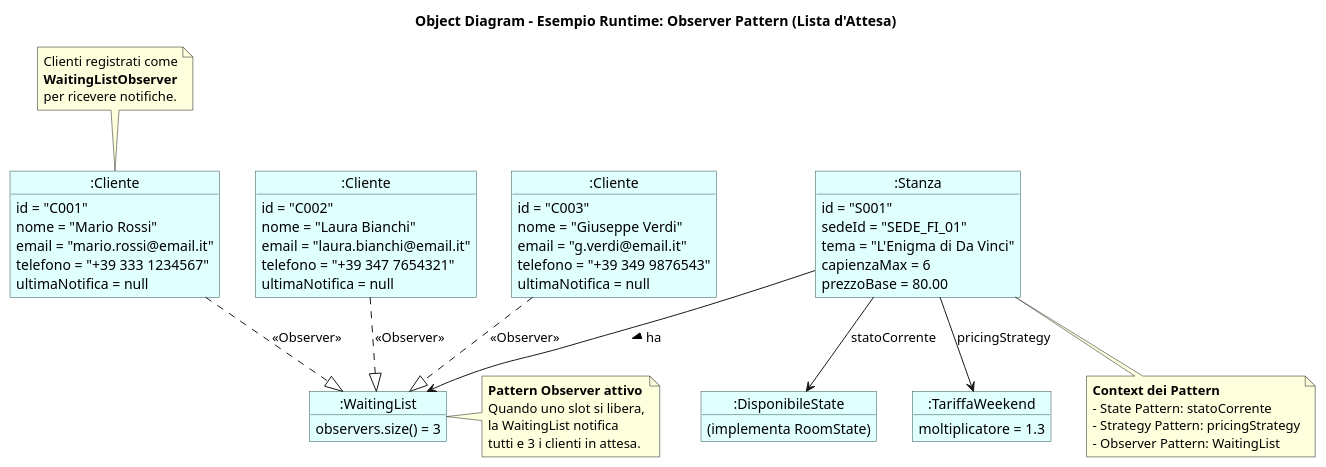
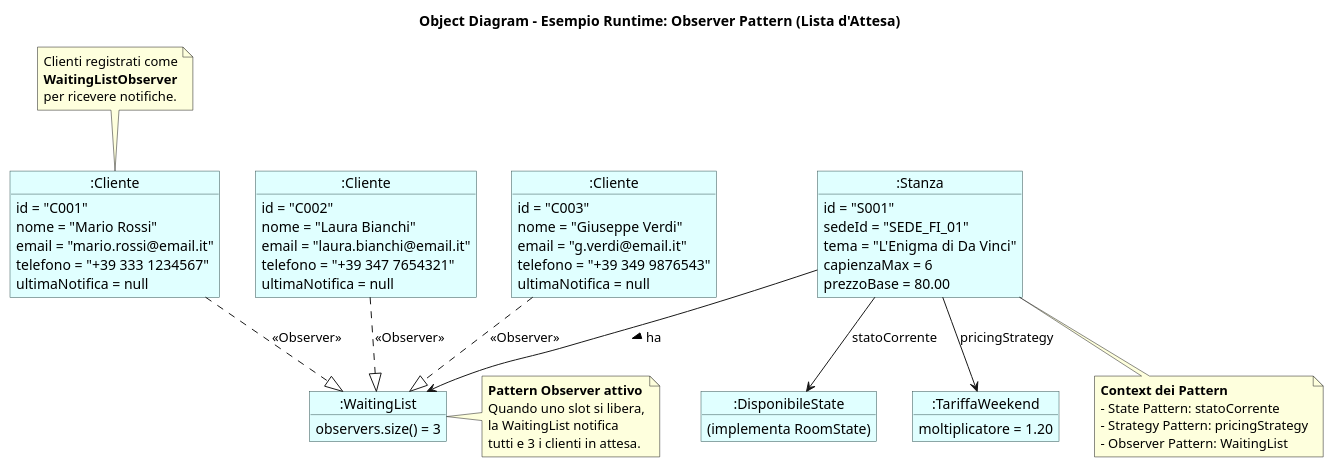
The diagram in docs/UML/fig_3_6_object_diagram.puml (Adrycasta04/EscapeManager), drawn with PlantUML before and after one commit. The commit also changed 18 other files, not shown here.

Commit message:
feat: Add initial database schema, reset script, and comprehensive project documentation including UML diagrams and a testing chapter.

```diff
--- a/docs/UML/fig_3_6_object_diagram.puml
+++ b/docs/UML/fig_3_6_object_diagram.puml
@@ -1,81 +1,81 @@
 @startuml fig_3_6_object_diagram
 skinparam objectBorderColor DarkSlateGray
 skinparam objectBackgroundColor LightCyan
 
 title Object Diagram - Esempio Runtime: Observer Pattern (Lista d'Attesa)
 
 ' Oggetti concreti del dominio
 object ":Cliente" as c1 {
     id = "C001"
     nome = "Mario Rossi"
     email = "mario.rossi@email.it"
     telefono = "+39 333 1234567"
     ultimaNotifica = null
 }
 
 object ":Cliente" as c2 {
     id = "C002"
     nome = "Laura Bianchi"
     email = "laura.bianchi@email.it"
     telefono = "+39 347 7654321"
     ultimaNotifica = null
 }
 
 object ":Cliente" as c3 {
     id = "C003"
     nome = "Giuseppe Verdi"
     email = "g.verdi@email.it"
     telefono = "+39 349 9876543"
     ultimaNotifica = null
 }
 
 object ":Stanza" as s1 {
     id = "S001"
     sedeId = "SEDE_FI_01"
     tema = "L'Enigma di Da Vinci"
     capienzaMax = 6
     prezzoBase = 80.00
 }
 
 object ":WaitingList" as wl {
     observers.size() = 3
 }
 
 object ":DisponibileState" as state {
     (implementa RoomState)
 }
 
 object ":TariffaWeekend" as strategy {
-    moltiplicatore = 1.3
+    moltiplicatore = 1.20
 }
 
 ' Relazioni tra oggetti (link - istanze di associazioni)
 c1 ..|> wl : <<Observer>>
 c2 ..|> wl : <<Observer>>
 c3 ..|> wl : <<Observer>>
 
 s1 --> wl : ha >
 s1 --> state : statoCorrente
 s1 --> strategy : pricingStrategy
 
 note right of wl
     **Pattern Observer attivo**
     Quando uno slot si libera,
     la WaitingList notifica
     tutti e 3 i clienti in attesa.
 end note
 
 note bottom of s1
     **Context dei Pattern**
     - State Pattern: statoCorrente
     - Strategy Pattern: pricingStrategy
     - Observer Pattern: WaitingList
 end note
 
 note top of c1
     Clienti registrati come
     **WaitingListObserver**
     per ricevere notifiche.
 end note
 
 @enduml
```
